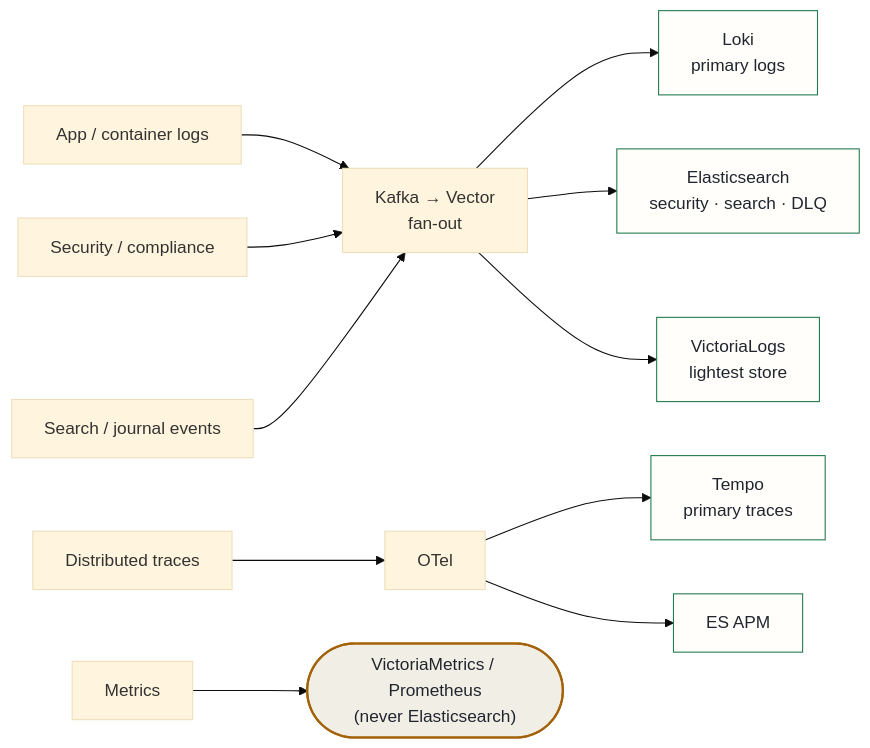
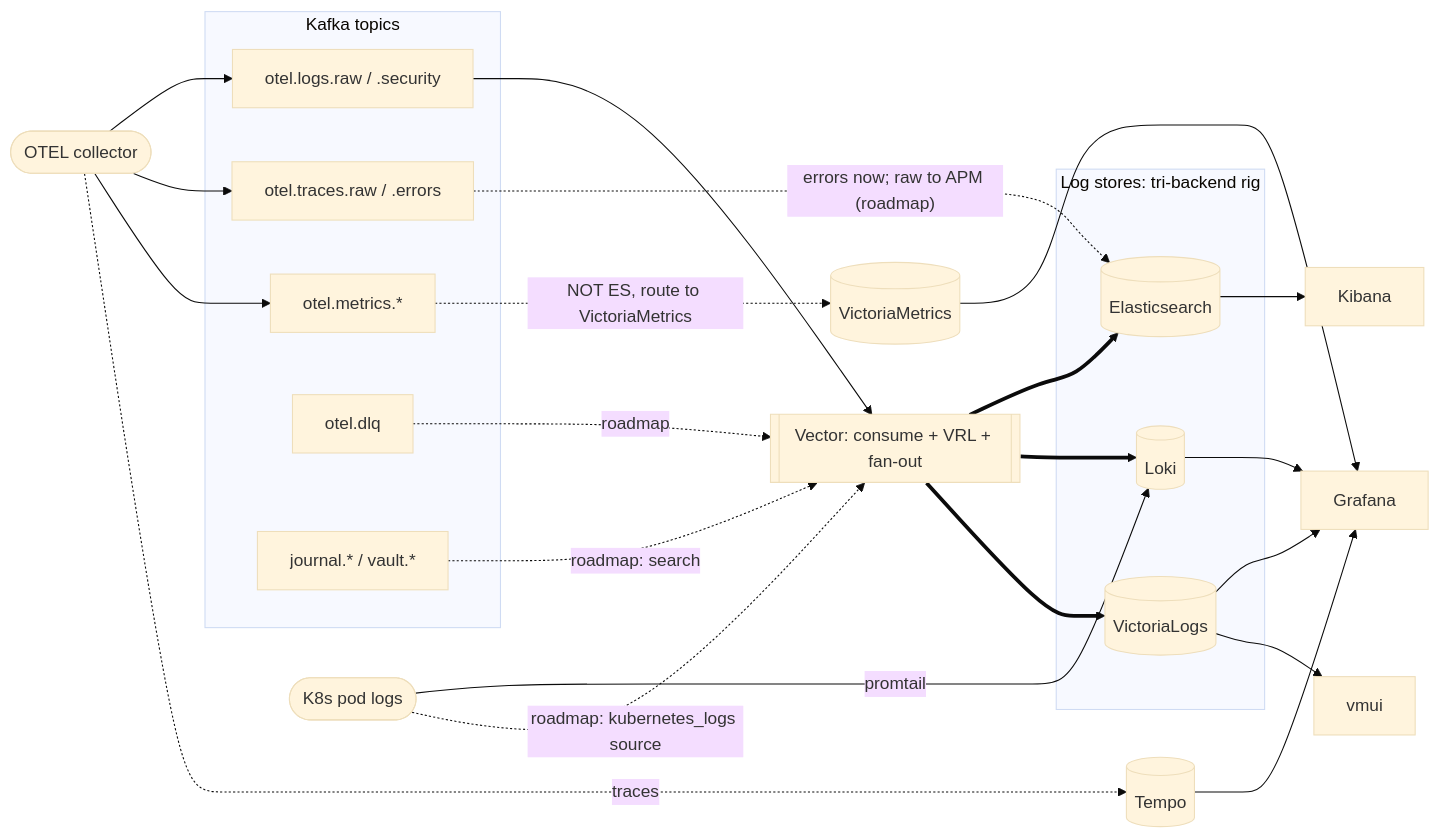
One commit to rduffyuk/rduffy-uk changed the diagram in src/content/adrs/053-observability-data-routing.md. Above: the diagram before and after it, drawn with Mermaid (base theme). The commit also changed other lines of this file and 123 other files, not shown here.

First line of the commit message:
feat(site): VW-447 publish architecture atlas and June decision archive

````diff
--- a/src/content/adrs/053-observability-data-routing.md
+++ b/src/content/adrs/053-observability-data-routing.md
@@ -23,17 +35,51 @@
 ```mermaid
 flowchart LR
-  LOGS["App / container logs"] --> VEC["Kafka → Vector<br/>fan-out"]
-  SEC["Security / compliance"] --> VEC
-  SR["Search / journal events"] --> VEC
-  TR["Distributed traces"] --> OTEL["OTel"]
-  MET["Metrics"] --> PROM(["VictoriaMetrics / Prometheus<br/>(never Elasticsearch)"])
-  VEC --> LOKI["Loki<br/>primary logs"]
-  VEC --> ES["Elasticsearch<br/>security · search · DLQ"]
-  VEC --> VL["VictoriaLogs<br/>lightest store"]
-  OTEL --> TEMPO["Tempo<br/>primary traces"]
-  OTEL --> ESAPM["ES APM"]
-  classDef store fill:#fffefb,stroke:#1f7a4d,color:#21262e;
-  classDef metric fill:#f1eee6,stroke:#a36207,color:#21262e,stroke-width:2px;
-  class LOKI,ES,VL,TEMPO,ESAPM store;
-  class PROM metric;
+  OTEL([OTEL collector])
+  PODS([K8s pod logs])
+
+  subgraph KAFKA[Kafka topics]
+    T_LOGS["otel.logs.raw / .security"]
+    T_TRACES["otel.traces.raw / .errors"]
+    T_METRICS["otel.metrics.*"]
+    T_DLQ["otel.dlq"]
+    T_APP["journal.* / vault.*"]
+  end
+
+  VEC[["Vector: consume + VRL + fan-out"]]
+
+  subgraph LOGRIG[Log stores: tri-backend rig]
+    ES[(Elasticsearch)]
+    LOKI[(Loki)]
+    VL[(VictoriaLogs)]
+  end
+  TEMPO[(Tempo)]
+  VM[(VictoriaMetrics)]
+
+  KIB[Kibana]
+  GRAF[Grafana]
+  VMUI[vmui]
+
+  OTEL --> T_LOGS
+  OTEL --> T_TRACES
+  OTEL --> T_METRICS
+  PODS -->|promtail| LOKI
+
+  T_LOGS --> VEC
+  VEC ==> ES
+  VEC ==> LOKI
+  VEC ==> VL
+
+  T_TRACES -. "errors now; raw to APM (roadmap)" .-> ES
+  OTEL -. "traces" .-> TEMPO
+  T_METRICS -. "NOT ES, route to VictoriaMetrics" .-> VM
+  T_DLQ -. "roadmap" .-> VEC
+  T_APP -. "roadmap: search" .-> VEC
+  PODS -. "roadmap: kubernetes_logs source" .-> VEC
+
+  ES --> KIB
+  LOKI --> GRAF
+  VL --> GRAF
+  VL --> VMUI
+  TEMPO --> GRAF
+  VM --> GRAF
 ```
````
